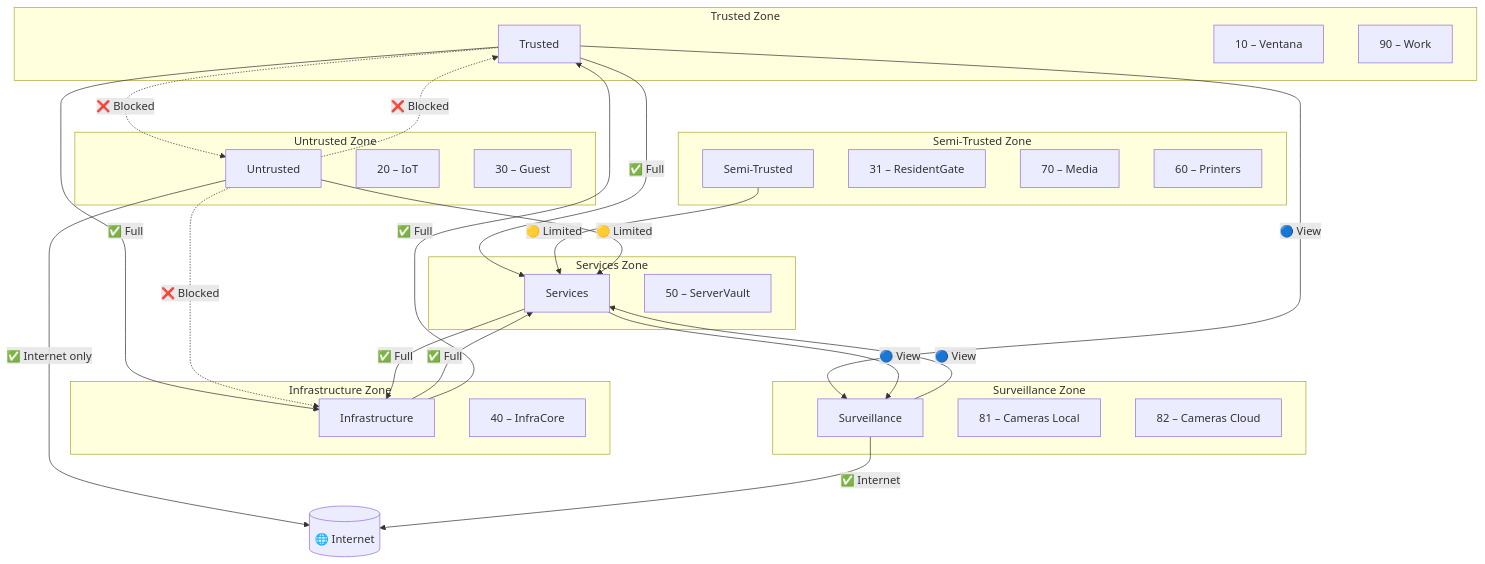
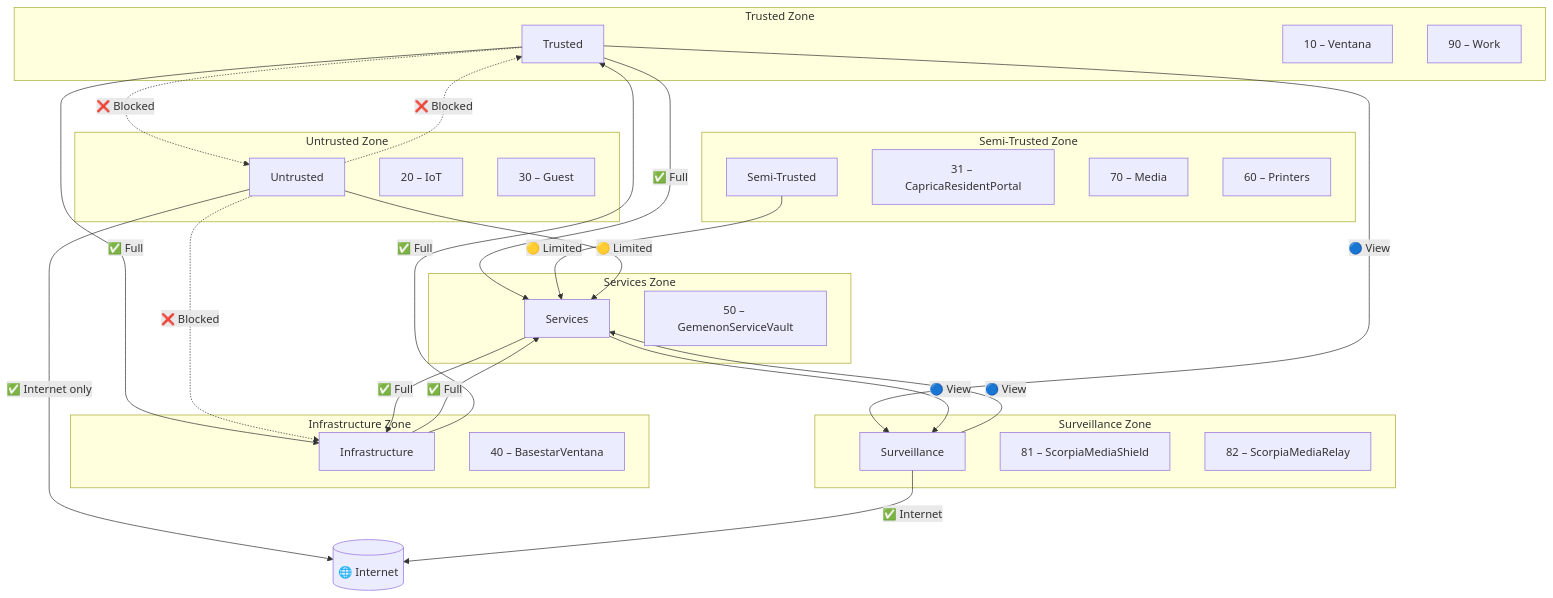
One commit to th3Wheel/Battlestar-Ventana-Network-Blueprint changed the second of 3 diagrams in docs/firewall-matrix.md. Above: the diagram before and after it, drawn with Mermaid. The commit also changed other lines of this file and 9 other files, not shown here.

````diff
--- a/docs/firewall-matrix.md
+++ b/docs/firewall-matrix.md
@@ -144,63 +144,63 @@
 ```mermaid
 flowchart TB
     %% Define clusters for each zone
     subgraph Trusted["Trusted Zone"]
       TrustedZone[Trusted]
       V10["10 – Ventana"]
       V90["90 – Work"]
     end
 
     subgraph SemiTrusted["Semi‑Trusted Zone"]
       SemiTrustedZone[Semi-Trusted]
-      V31["31 – ResidentGate"]
+      V31["31 – CapricaResidentPortal"]
       V70["70 – Media"]
       V60["60 – Printers"]
     end
 
     subgraph Untrusted["Untrusted Zone"]
       UntrustedZone[Untrusted]
       V20["20 – IoT"]
       V30["30 – Guest"]
     end
 
     subgraph Infra["Infrastructure Zone"]
       InfraZone[Infrastructure]
-      V40["40 – InfraCore"]
+      V40["40 – BasestarVentana"]
     end
 
     subgraph Services["Services Zone"]
       ServicesZone[Services]
-      V50["50 – ServerVault"]
+      V50["50 – GemenonServiceVault"]
     end
 
     subgraph Surveillance["Surveillance Zone"]
       SurveillanceZone[Surveillance]
-      V81["81 – Cameras Local"]
-      V82["82 – Cameras Cloud"]
+      V81["81 – ScorpiaMediaShield"]
+      V82["82 – ScorpiaMediaRelay"]
     end
 
     %% Zone-to-zone flows
     TrustedZone -->|✅ Full| ServicesZone
     TrustedZone -->|✅ Full| InfraZone
     TrustedZone -->|🔵 View| SurveillanceZone
     TrustedZone -.->|❌ Blocked| UntrustedZone
 
     SemiTrustedZone -->|🟡 Limited| ServicesZone
 
     UntrustedZone -->|✅ Internet only| Internet[(🌐 Internet)]
     UntrustedZone -.->|❌ Blocked| TrustedZone
     UntrustedZone -->|🟡 Limited| ServicesZone
     UntrustedZone -.->|❌ Blocked| InfraZone
 
 
 
     InfraZone -->|✅ Full| ServicesZone
     InfraZone -->|✅ Full| TrustedZone
 
     ServicesZone -->|🔵 View| SurveillanceZone
     ServicesZone -->|✅ Full| InfraZone
 
     SurveillanceZone -->|🔵 View| ServicesZone
     SurveillanceZone -->|✅ Internet| Internet
 
 ```
````
